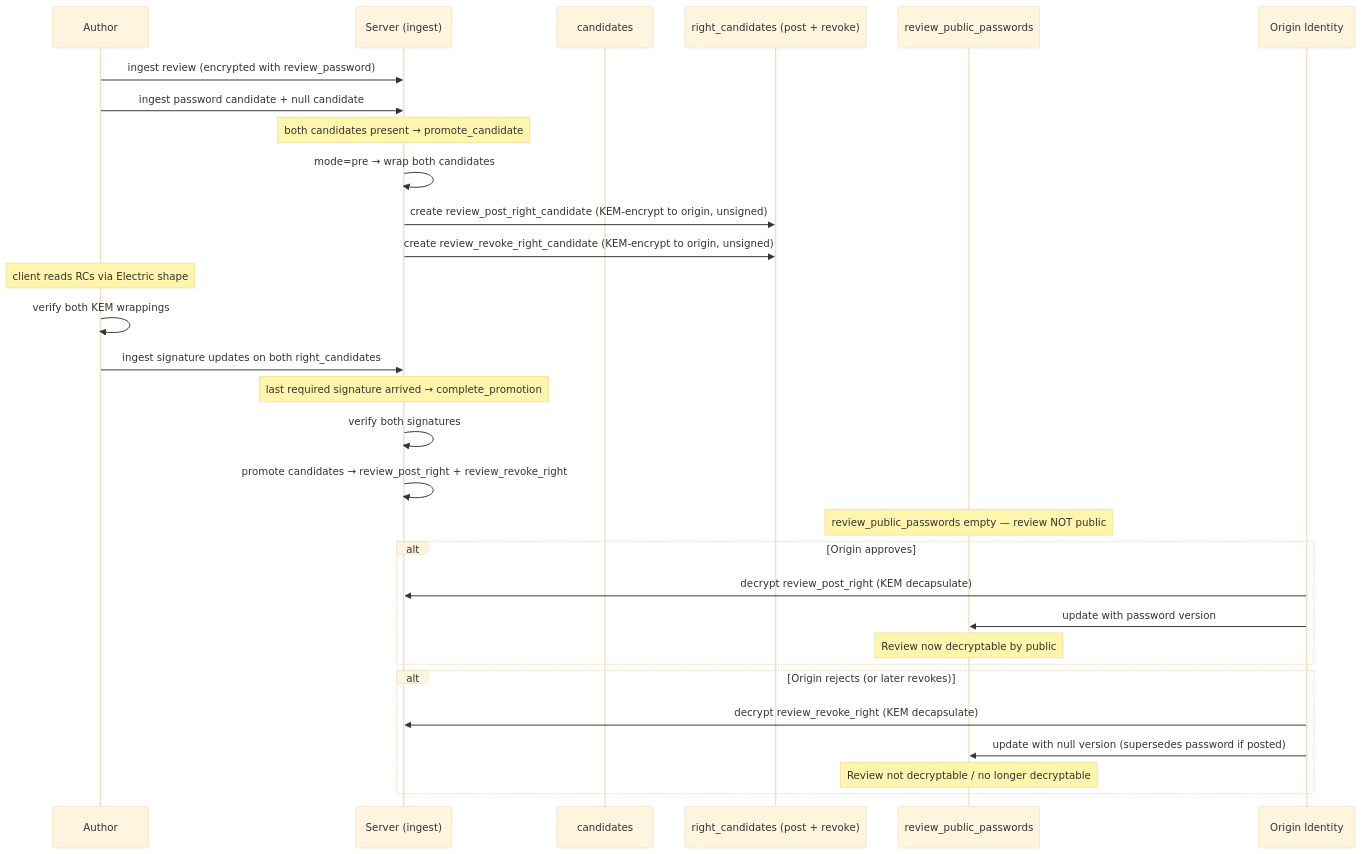
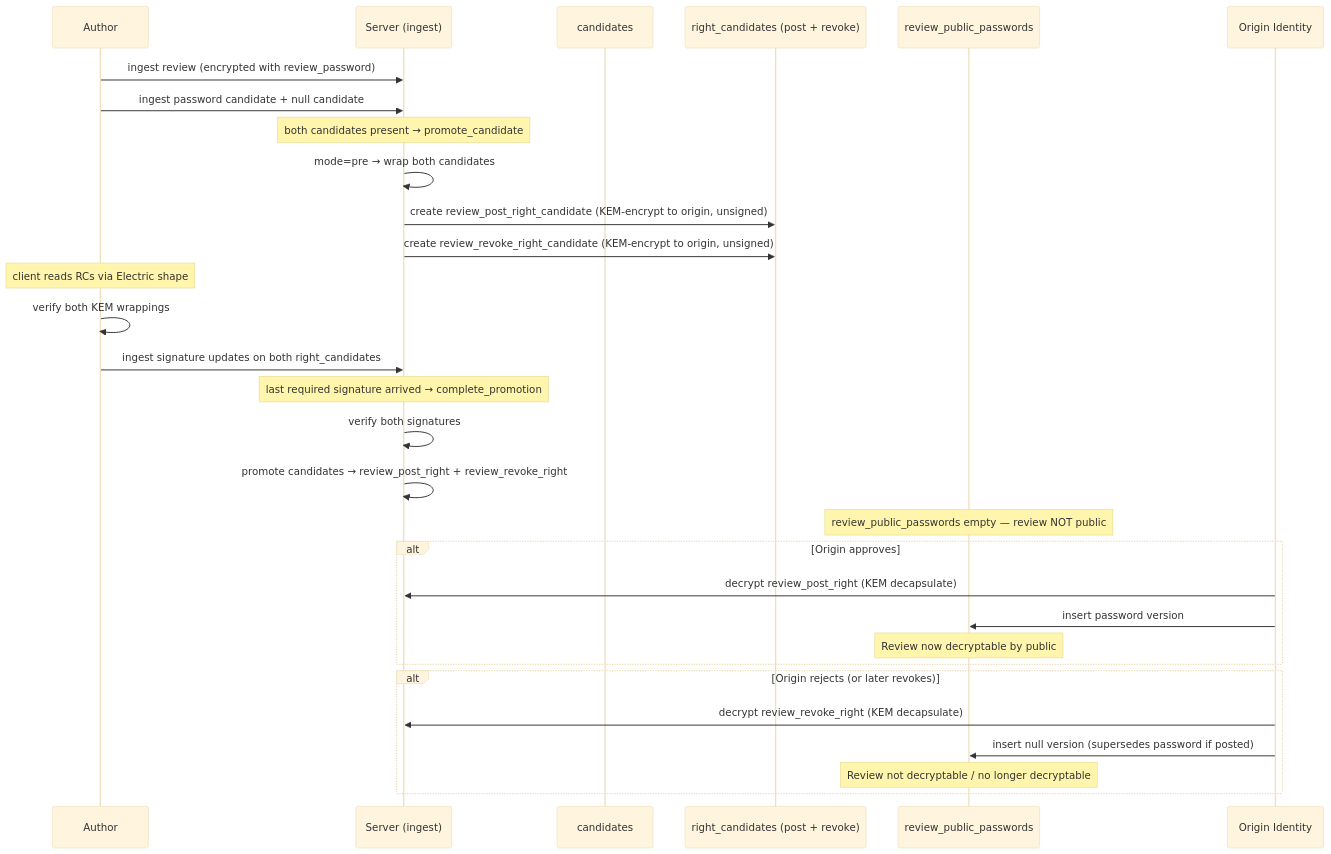
One commit to Buckitup-chat/chat changed the fourth of 4 diagrams in docs/proposal/reviews.md. Above: the diagram before and after it, drawn with Mermaid (base theme). The commit also changed other lines of this file and 24 other files, not shown here.

````diff
--- a/docs/proposal/reviews.md
+++ b/docs/proposal/reviews.md
@@ -208,37 +208,37 @@
 ```mermaid
 sequenceDiagram
     participant A as Author
     participant S as Server (ingest)
     participant C as candidates
     participant RC as right_candidates (post + revoke)
     participant P as review_public_passwords
     participant O as Origin Identity
 
     A->>S: ingest review (encrypted with review_password)
     A->>S: ingest password candidate + null candidate
     Note over S: both candidates present → promote_candidate
     S->>S: mode=pre → wrap both candidates
     S->>RC: create review_post_right_candidate (KEM-encrypt to origin, unsigned)
     S->>RC: create review_revoke_right_candidate (KEM-encrypt to origin, unsigned)
 
     Note over A: client reads RCs via Electric shape
     A->>A: verify both KEM wrappings
     A->>S: ingest signature updates on both right_candidates
     Note over S: last required signature arrived → complete_promotion
     S->>S: verify both signatures
     S->>S: promote candidates → review_post_right + review_revoke_right
 
     Note over P: review_public_passwords empty — review NOT public
 
     alt Origin approves
         O->>S: decrypt review_post_right (KEM decapsulate)
-        O->>P: update with password version
+        O->>P: insert password version
         Note over P: Review now decryptable by public
     end
 
     alt Origin rejects (or later revokes)
         O->>S: decrypt review_revoke_right (KEM decapsulate)
-        O->>P: update with null version (supersedes password if posted)
+        O->>P: insert null version (supersedes password if posted)
         Note over P: Review not decryptable / no longer decryptable
     end
 ```
````
